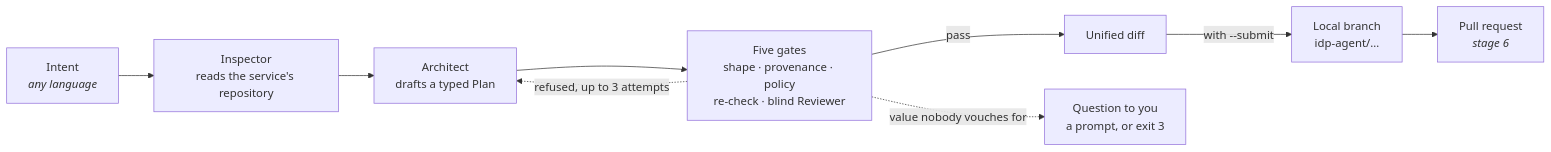
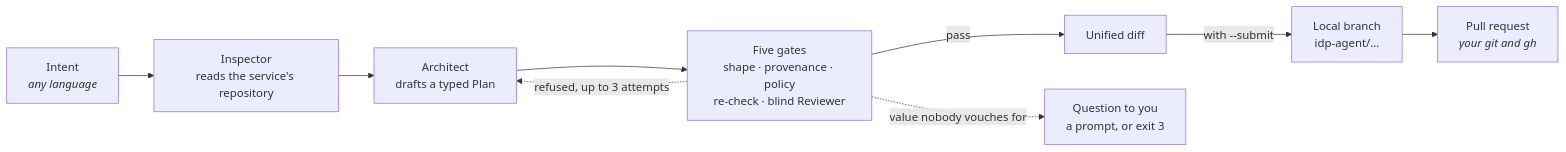
The diagram in README.md (pcaboor/idp-agent), drawn with Mermaid before and after one commit. The commit also changed other lines of this file and 34 other files, not shown here.

````diff
--- a/README.md
+++ b/README.md
@@ -311,11 +332,11 @@
 ```mermaid
 flowchart LR
     I["Intent<br/><i>any language</i>"] --> INS["Inspector<br/>reads the service's repository"]
     INS --> A["Architect<br/>drafts a typed Plan"]
     A --> G["Five gates<br/>shape · provenance · policy<br/>re-check · blind Reviewer"]
     G -- pass --> D["Unified diff"]
     D -->|"with --submit"| B["Local branch<br/>idp-agent/…"]
-    B --> PR["Pull request<br/><i>stage 6</i>"]
+    B --> PR["Pull request<br/><i>your git and gh</i>"]
     G -. refused, up to 3 attempts .-> A
     G -. value nobody vouches for .-> Q["Question to you<br/>a prompt, or exit 3"]
 ```
````
